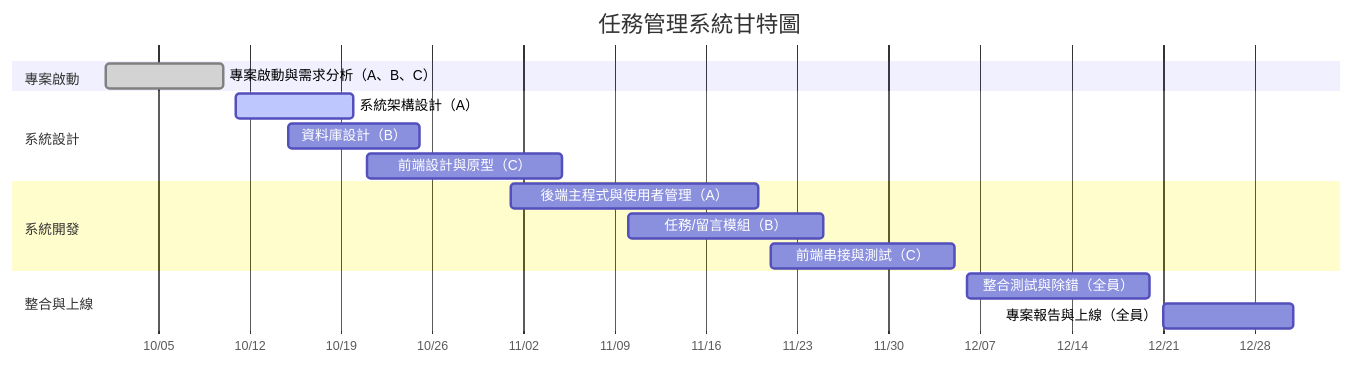
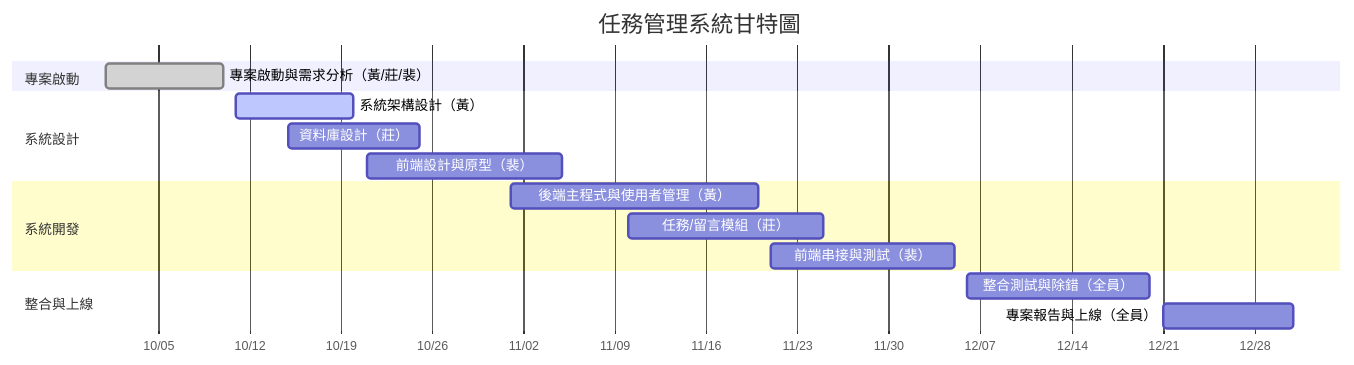
Before and after one commit to zhuang147/Task-Management: the first of 3 diagrams in schedule.md, drawn with Mermaid. The commit also changed other lines of this file, not shown here.

````diff
--- a/schedule.md
+++ b/schedule.md
@@ -35,23 +35,23 @@
 ```mermaid
 gantt
     title 任務管理系統甘特圖
     dateFormat  YYYY-MM-DD
     axisFormat  %m/%d
 
     section 專案啟動
-    專案啟動與需求分析（A、B、C） :done, 2025-10-01, 2025-10-10
+    專案啟動與需求分析（黃/莊/裴） :done, 2025-10-01, 2025-10-10
 
     section 系統設計
-    系統架構設計（A） :active, 2025-10-11, 2025-10-20
-    資料庫設計（B） : 2025-10-15, 2025-10-25
-    前端設計與原型（C） : 2025-10-21, 2025-11-05
+    系統架構設計（黃） :active, 2025-10-11, 2025-10-20
+    資料庫設計（莊） : 2025-10-15, 2025-10-25
+    前端設計與原型（裴） : 2025-10-21, 2025-11-05
 
     section 系統開發
-    後端主程式與使用者管理（A） : 2025-11-01, 2025-11-20
-    任務/留言模組（B） : 2025-11-10, 2025-11-25
-    前端串接與測試（C） : 2025-11-21, 2025-12-05
+    後端主程式與使用者管理（黃） : 2025-11-01, 2025-11-20
+    任務/留言模組（莊） : 2025-11-10, 2025-11-25
+    前端串接與測試（裴） : 2025-11-21, 2025-12-05
 
     section 整合與上線
     整合測試與除錯（全員） : 2025-12-06, 2025-12-20
     專案報告與上線（全員） : 2025-12-21, 2025-12-31
 ```
````
